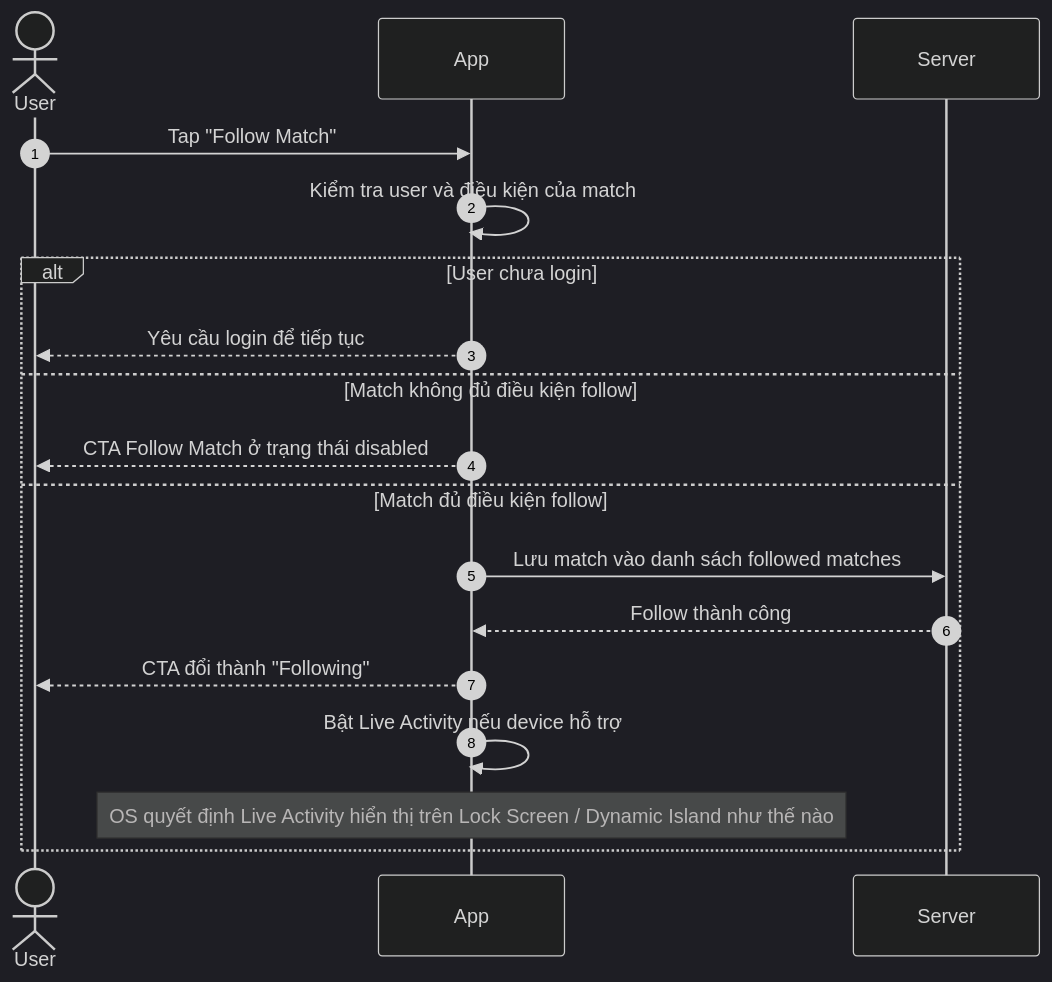
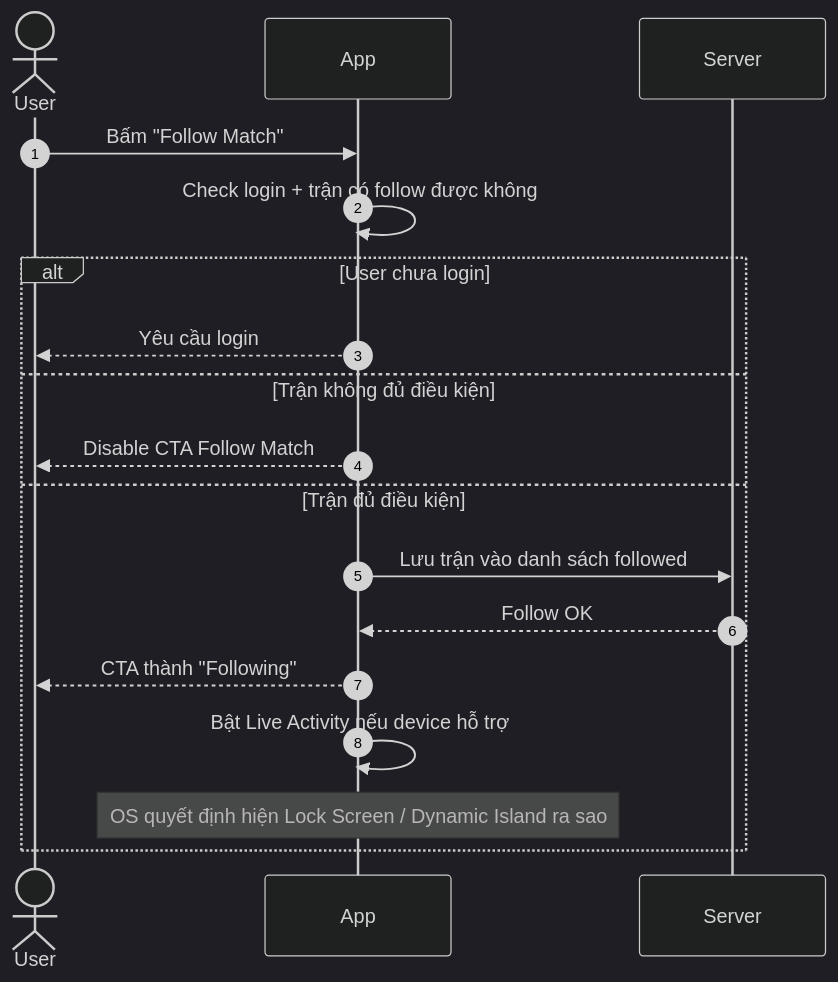
Before and after one commit to duongdang1136/FPTPLay: the first of 4 diagrams in features/final-docs/Sport-Zone/Live-Activity/product/live-activity-user-flows-functional-requirements.md, drawn with Mermaid (dark theme). The commit also changed other lines of this file, not shown here.

Commit message:
docs: rewrite live activity requirements in caveman vietnam

````diff
--- a/features/final-docs/Sport-Zone/Live-Activity/product/live-activity-user-flows-functional-requirements.md
+++ b/features/final-docs/Sport-Zone/Live-Activity/product/live-activity-user-flows-functional-requirements.md
@@ -27,23 +30,23 @@
 ```mermaid
 sequenceDiagram
     autonumber
 
     actor User
     participant App
     participant Server
 
-    User->>App: Tap "Follow Match"
-    App->>App: Kiểm tra user và điều kiện của match
+    User->>App: Bấm "Follow Match"
+    App->>App: Check login + trận có follow được không
 
     alt User chưa login
-        App-->>User: Yêu cầu login để tiếp tục
-    else Match không đủ điều kiện follow
-        App-->>User: CTA Follow Match ở trạng thái disabled
-    else Match đủ điều kiện follow
-        App->>Server: Lưu match vào danh sách followed matches
-        Server-->>App: Follow thành công
-        App-->>User: CTA đổi thành "Following"
+        App-->>User: Yêu cầu login
+    else Trận không đủ điều kiện
+        App-->>User: Disable CTA Follow Match
+    else Trận đủ điều kiện
+        App->>Server: Lưu trận vào danh sách followed
+        Server-->>App: Follow OK
+        App-->>User: CTA thành "Following"
         App->>App: Bật Live Activity nếu device hỗ trợ
-        Note over App: OS quyết định Live Activity hiển thị trên Lock Screen / Dynamic Island như thế nào
+        Note over App: OS quyết định hiện Lock Screen / Dynamic Island ra sao
     end
 ```
````
